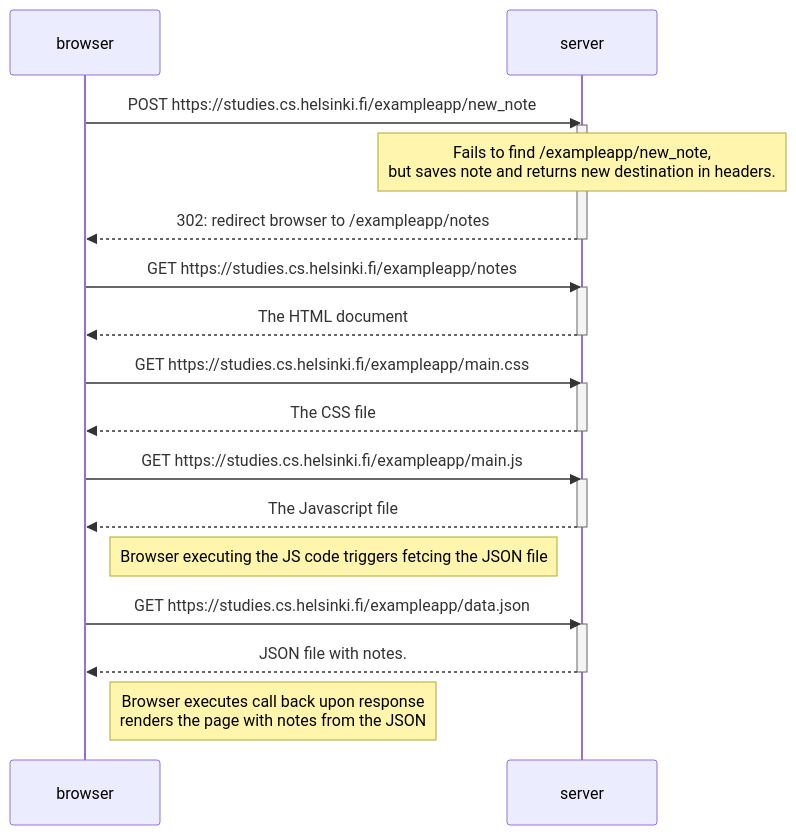
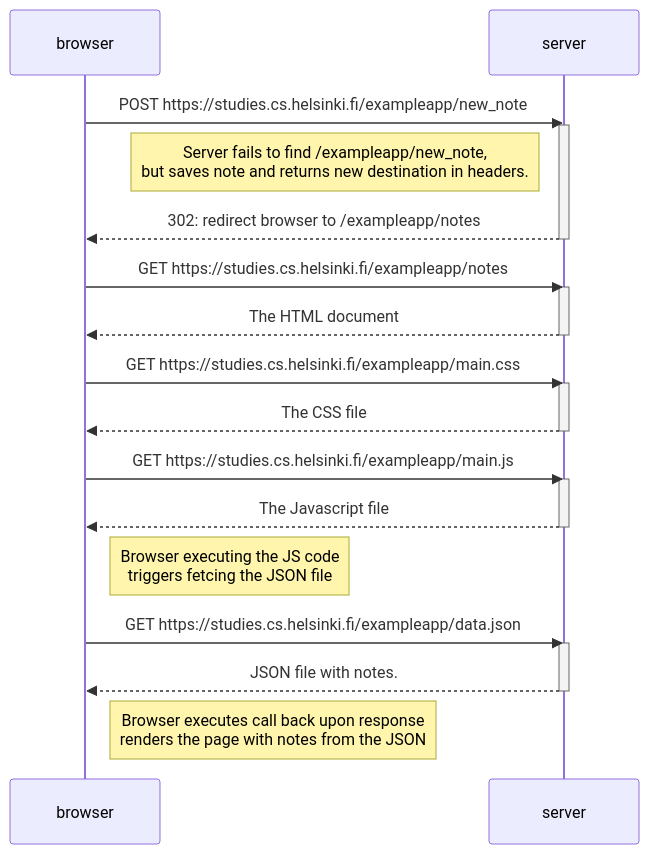
One commit to htammia/fullstackcourse changed the first of 3 diagrams in osa0/README.md. Above: the diagram before and after it, drawn with Mermaid. The commit also changed other lines of this file, not shown here.

````diff
--- a/osa0/README.md
+++ b/osa0/README.md
@@ -2,34 +2,34 @@
 ```mermaid
 sequenceDiagram
     participant browser
     participant server
 
     browser->>server: POST https://studies.cs.helsinki.fi/exampleapp/new_note
     activate server
-    Note over server: Fails to find /exampleapp/new_note, <br> but saves note and returns new destination in headers.
+    Note left of server: Server fails to find /exampleapp/new_note, <br> but saves note and returns new destination in headers.
     server-->>browser: 302: redirect browser to /exampleapp/notes
     deactivate server
 
     browser->>server: GET https://studies.cs.helsinki.fi/exampleapp/notes
     activate server
     server-->>browser: The HTML document
     deactivate server
 
     browser->>server: GET https://studies.cs.helsinki.fi/exampleapp/main.css
     activate server
     server-->>browser: The CSS file
     deactivate server
 
     browser->>server: GET https://studies.cs.helsinki.fi/exampleapp/main.js
     activate server
     server-->>browser: The Javascript file
     deactivate server
-    Note right of browser: Browser executing the JS code triggers fetcing the JSON file
+    Note right of browser: Browser executing the JS code <br> triggers fetcing the JSON file
 
     browser->>server: GET https://studies.cs.helsinki.fi/exampleapp/data.json
     activate server
     server-->>browser: JSON file with notes.
     deactivate server
     Note right of browser: Browser executes call back upon response <br> renders the page with notes from the JSON
 
 ```
````
